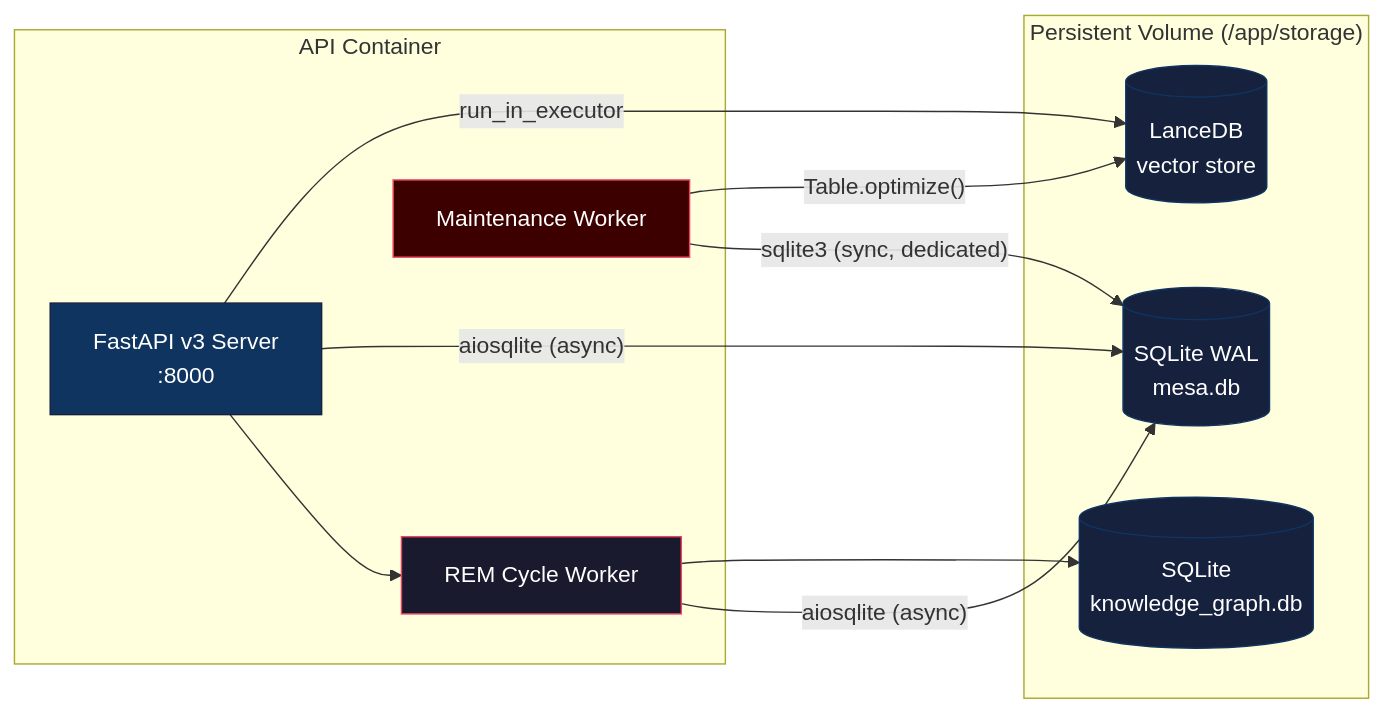
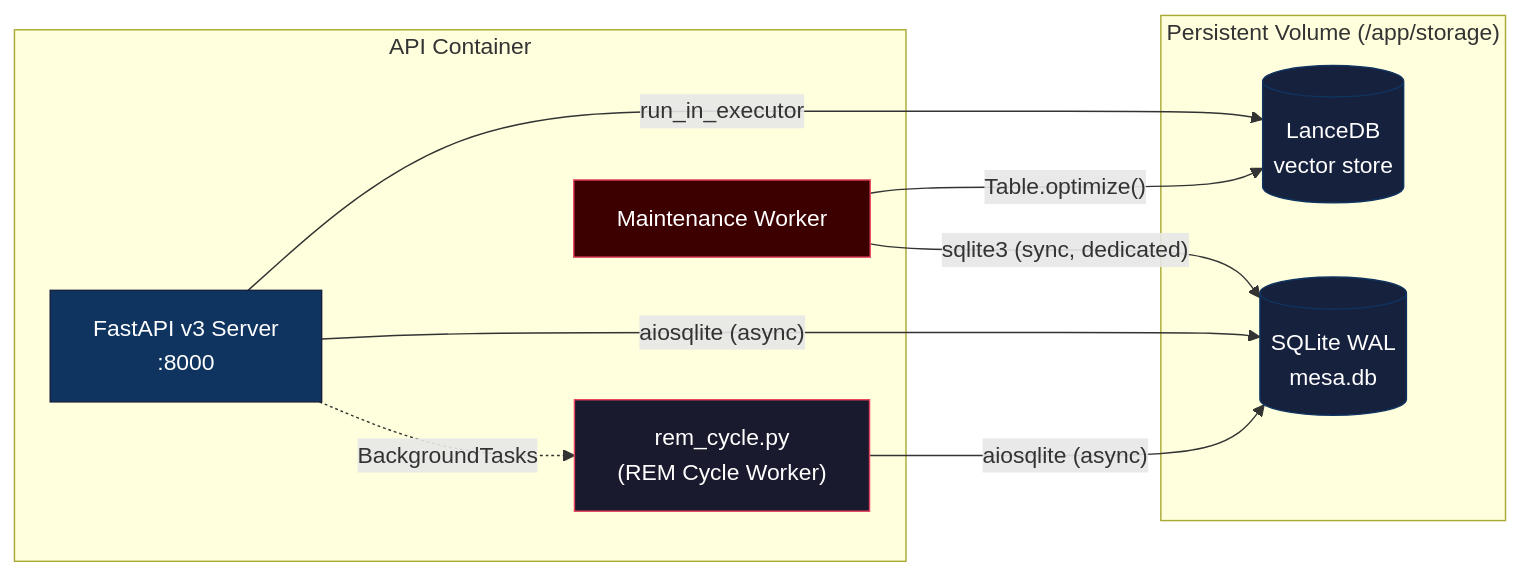
The fifth of 5 diagrams in ARCHITECTURE.md (Yasou13/MESA), drawn with Mermaid before and after one commit. The commit also changed other lines of this file and 18 other files, not shown here.

````diff
--- a/ARCHITECTURE.md
+++ b/ARCHITECTURE.md
@@ -345,29 +364,26 @@
 ```mermaid
 graph LR
     subgraph "API Container"
         API["FastAPI v3 Server<br/>:8000"]
-        REM["REM Cycle Worker"]
+        REM["rem_cycle.py<br/>(REM Cycle Worker)"]
         MW["Maintenance Worker"]
-        API --> REM
+        API -.->|"BackgroundTasks"| REM
     end
 
     subgraph "Persistent Volume (/app/storage)"
         SQL[("SQLite WAL<br/>mesa.db")]
         VEC[("LanceDB<br/>vector store")]
-        KG[("SQLite<br/>knowledge_graph.db")]
     end
 
     API -->|"aiosqlite (async)"| SQL
     API -->|"run_in_executor"| VEC
     REM -->|"aiosqlite (async)"| SQL
     MW -->|"sqlite3 (sync, dedicated)"| SQL
     MW -->|"Table.optimize()"| VEC
-    REM --> KG
 
     style API fill:#0f3460,stroke:#16213e,color:#fff
     style REM fill:#1a1a2e,stroke:#e94560,color:#fff
     style MW fill:#3d0000,stroke:#e94560,color:#fff
     style SQL fill:#16213e,stroke:#0f3460,color:#fff
-    style KG fill:#16213e,stroke:#0f3460,color:#fff
     style VEC fill:#16213e,stroke:#0f3460,color:#fff
 ```
````
